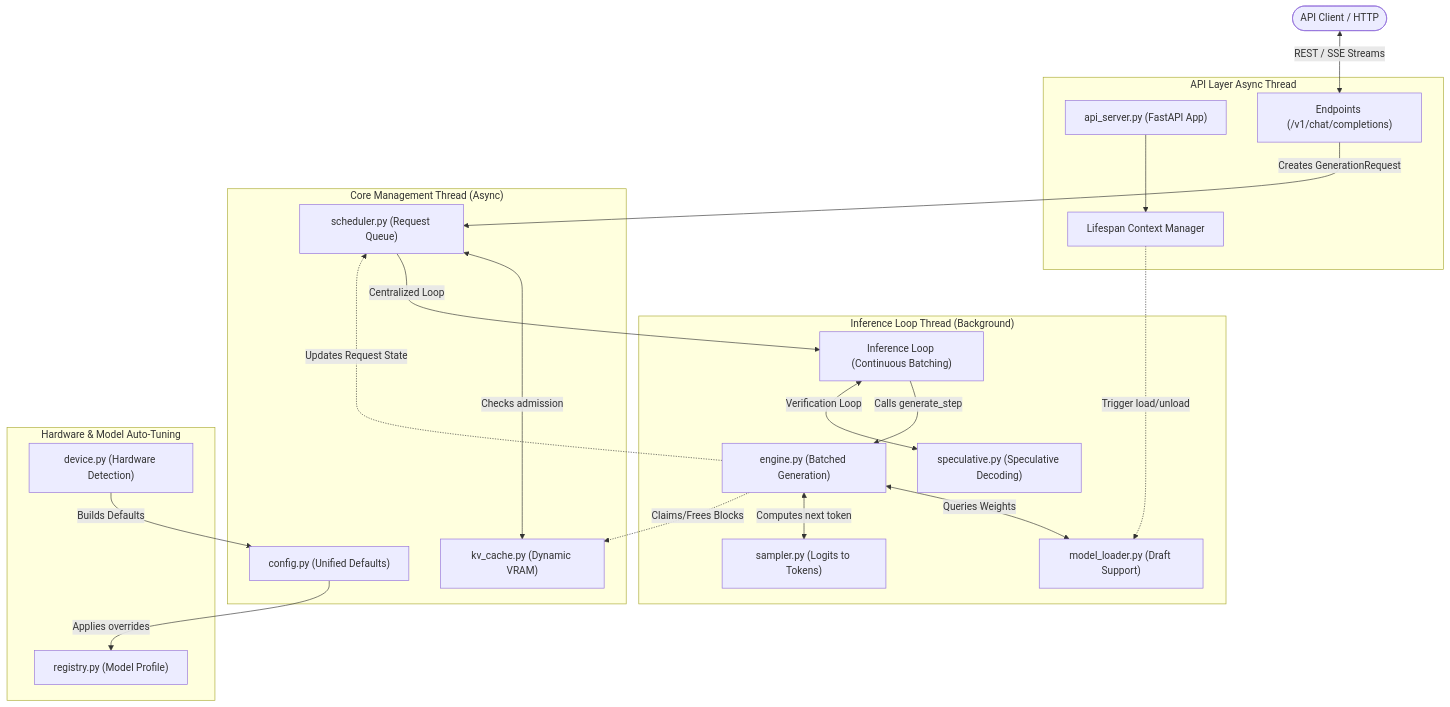
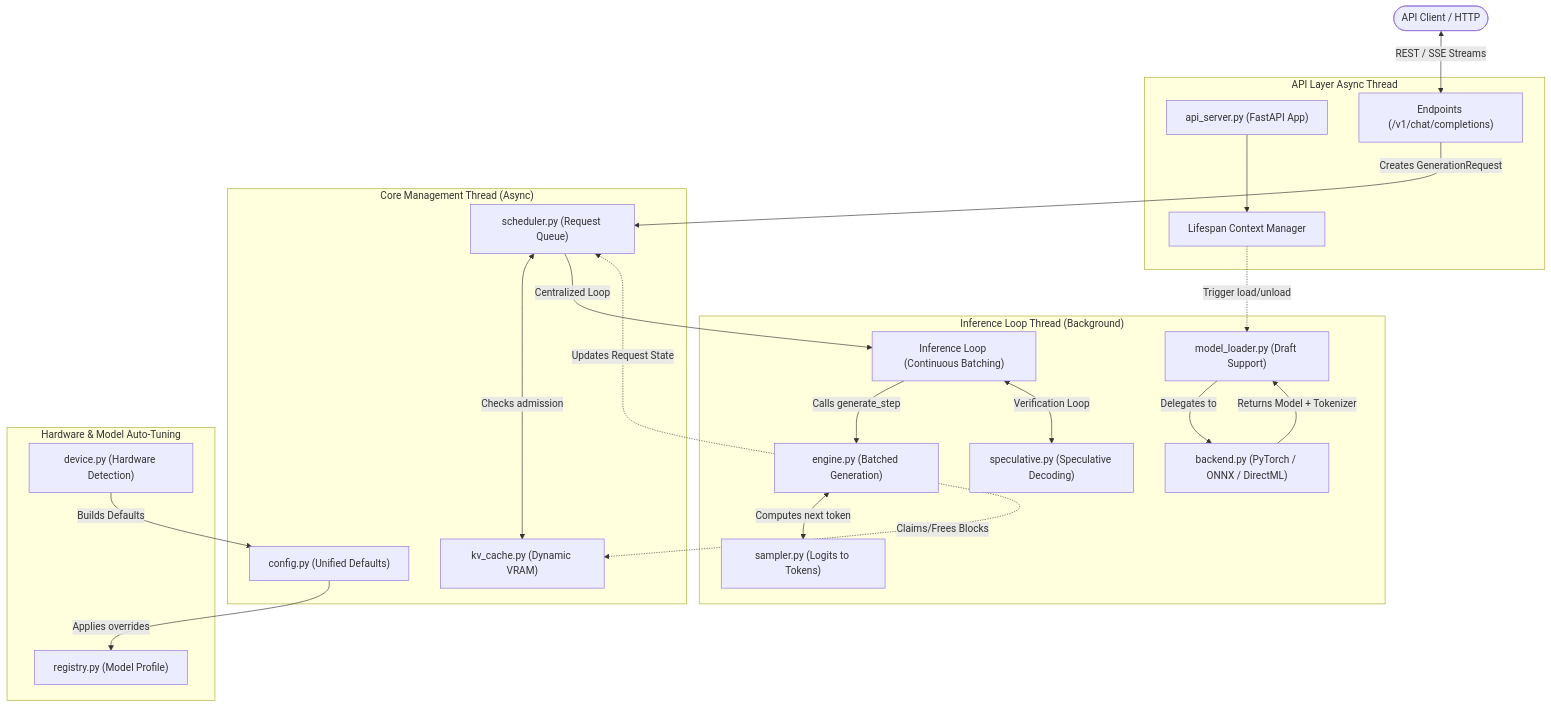
Before and after one commit to adervark/wLLM: the first of 4 diagrams in documentation/Architecture.md, drawn with Mermaid. The commit also changed other lines of this file and 33 other files, not shown here.

````diff
--- a/documentation/Architecture.md
+++ b/documentation/Architecture.md
@@ -18,50 +18,53 @@
 ```mermaid
 flowchart TB
     %% Definitions
     Client([API Client / HTTP])
     
     subgraph APILayer ["API Layer Async Thread"]
         Server["api_server.py (FastAPI App)"]
         Router["Endpoints (/v1/chat/completions)"]
         Lifespan["Lifespan Context Manager"]
     end
     
     subgraph CoreEngine ["Core Management Thread (Async)"]
         Schedule["scheduler.py (Request Queue)"]
         KVManager["kv_cache.py (Dynamic VRAM)"]
         Config["config.py (Unified Defaults)"]
     end
     
     subgraph InferenceLayer ["Inference Loop Thread (Background)"]
         Loop["Inference Loop (Continuous Batching)"]
         SpecEngine["speculative.py (Speculative Decoding)"]
         Engine["engine.py (Batched Generation)"]
+        Backend["backend.py (PyTorch / ONNX / DirectML)"]
         Loader["model_loader.py (Draft Support)"]
         Sample["sampler.py (Logits to Tokens)"]
     end
 
     subgraph AutoConfig ["Hardware & Model Auto-Tuning"]
         Hardware["device.py (Hardware Detection)"]
         Registry["registry.py (Model Profile)"]
     end
     
     %% Relationships
     Client <-->|REST / SSE Streams| Router
     Server --> Lifespan
     Lifespan -.->|Trigger load/unload| Loader
     
     Router -->|Creates GenerationRequest| Schedule
     Schedule <-->|Checks admission| KVManager
     Schedule -->|Centralized Loop| Loop
     
     Loop -->|Calls generate_step| Engine
     Loop <-->|Verification Loop| SpecEngine
     
-    Engine <-->|Queries Weights| Loader
     Engine <-->|Computes next token| Sample
     Engine -.->|Claims/Frees Blocks| KVManager
     Engine -.->|Updates Request State| Schedule
+    
+    Loader -->|Delegates to| Backend
+    Backend -->|Returns Model + Tokenizer| Loader
 
     Hardware -->|Builds Defaults| Config
     Config -->|Applies overrides| Registry
 ```
````
